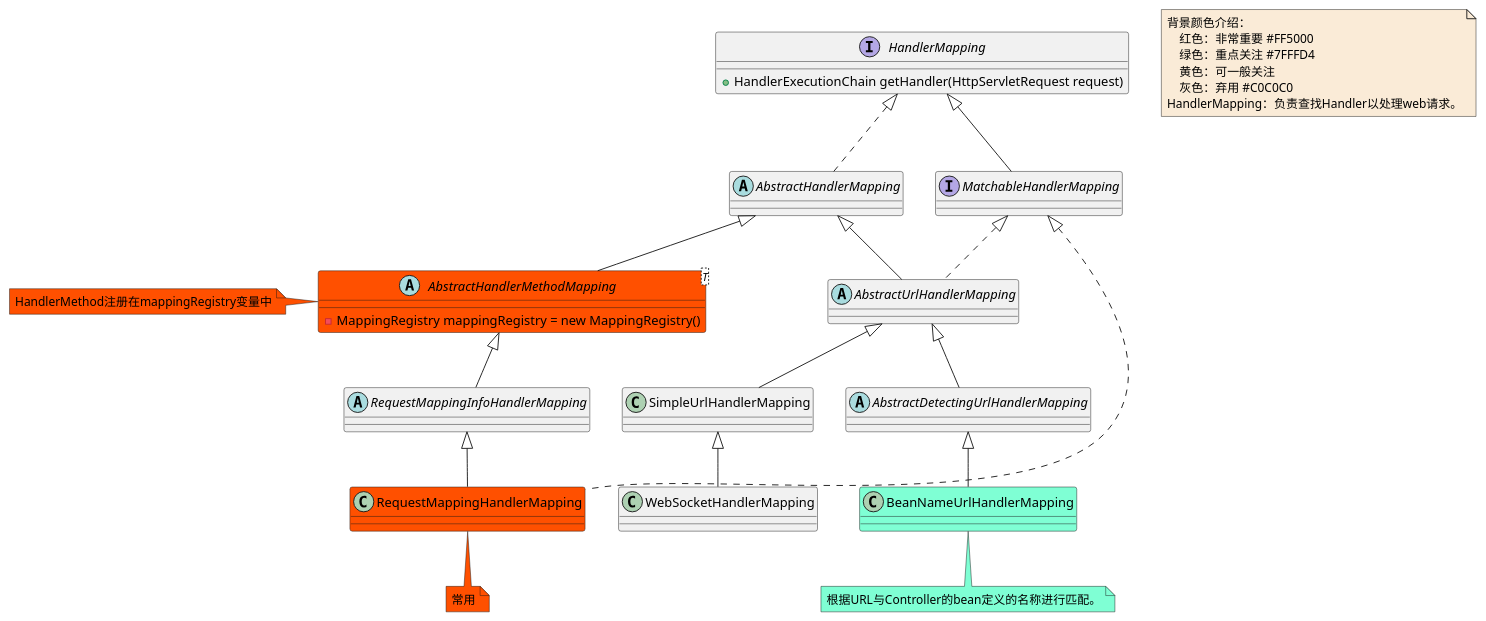
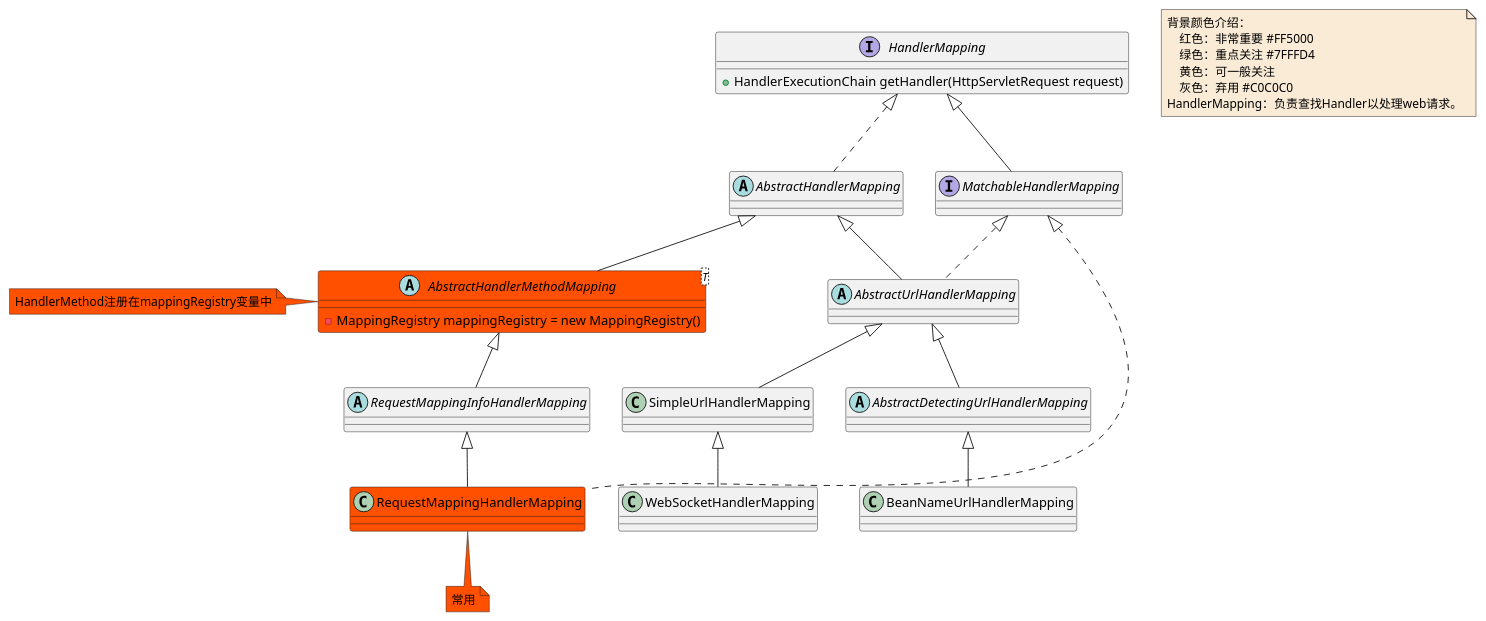
The diagram in document/spring/mvc/class/MVC-HandlerMapping-class.puml (czwer/learn-spring-code), drawn with PlantUML before and after one commit. The commit also changed 33 other files, not shown here.

Commit message:
MVC相关时序图，类图修改

```diff
--- a/document/spring/mvc/class/MVC-HandlerMapping-class.puml
+++ b/document/spring/mvc/class/MVC-HandlerMapping-class.puml
@@ -1,57 +1,56 @@
 @startuml
 
 note  as N1 #FAEBD7
     背景颜色介绍：
         红色：非常重要 #FF5000
         绿色：重点关注 #7FFFD4
         黄色：可一般关注
         灰色：弃用 #C0C0C0
     HandlerMapping：负责查找Handler以处理web请求。
 end note
 
 interface HandlerMapping
 HandlerMapping : +HandlerExecutionChain getHandler(HttpServletRequest request)
 abstract class AbstractDetectingUrlHandlerMapping
 abstract class AbstractHandlerMapping
 abstract class AbstractHandlerMethodMapping<T> #FF5000
 AbstractHandlerMethodMapping : -MappingRegistry mappingRegistry = new MappingRegistry()
 note left  #FF5000: HandlerMethod注册在mappingRegistry变量中
 abstract class AbstractUrlHandlerMapping
-class BeanNameUrlHandlerMapping #7FFFD4
-note bottom #7FFFD4: 根据URL与Controller的bean定义的名称进行匹配。
+class BeanNameUrlHandlerMapping
 interface MatchableHandlerMapping
 class RequestMappingHandlerMapping  #FF5000
 note bottom #FF5000: 常用
 abstract class RequestMappingInfoHandlerMapping
 class SimpleUrlHandlerMapping
 class WebSocketHandlerMapping
 
 
 
 AbstractDetectingUrlHandlerMapping <|-- BeanNameUrlHandlerMapping
 
 AbstractUrlHandlerMapping <|-- AbstractDetectingUrlHandlerMapping
 
 
 
 AbstractHandlerMapping <|-- AbstractHandlerMethodMapping
 AbstractHandlerMapping <|-- AbstractUrlHandlerMapping
 
 AbstractHandlerMethodMapping <|-- RequestMappingInfoHandlerMapping
 
 
 AbstractUrlHandlerMapping <|-- SimpleUrlHandlerMapping
 
 HandlerMapping <|.. AbstractHandlerMapping
 HandlerMapping <|-- MatchableHandlerMapping
 
 
 MatchableHandlerMapping <|.. AbstractUrlHandlerMapping
 MatchableHandlerMapping <|.. RequestMappingHandlerMapping
 
 
 RequestMappingInfoHandlerMapping <|-- RequestMappingHandlerMapping
 
 SimpleUrlHandlerMapping <|-- WebSocketHandlerMapping
 
 @enduml
```
